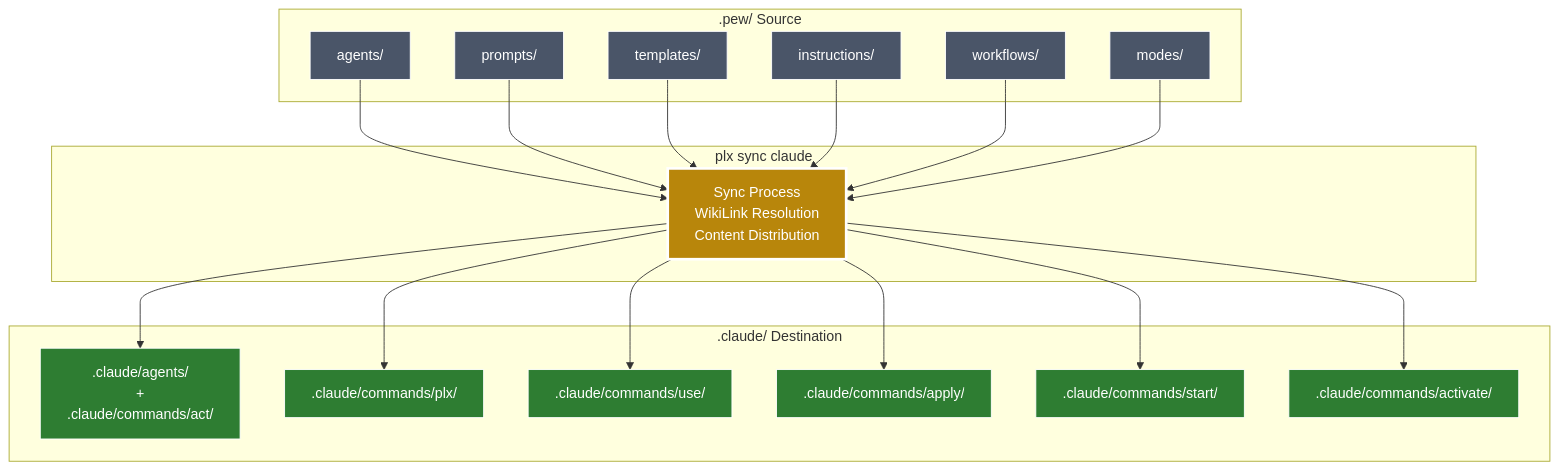
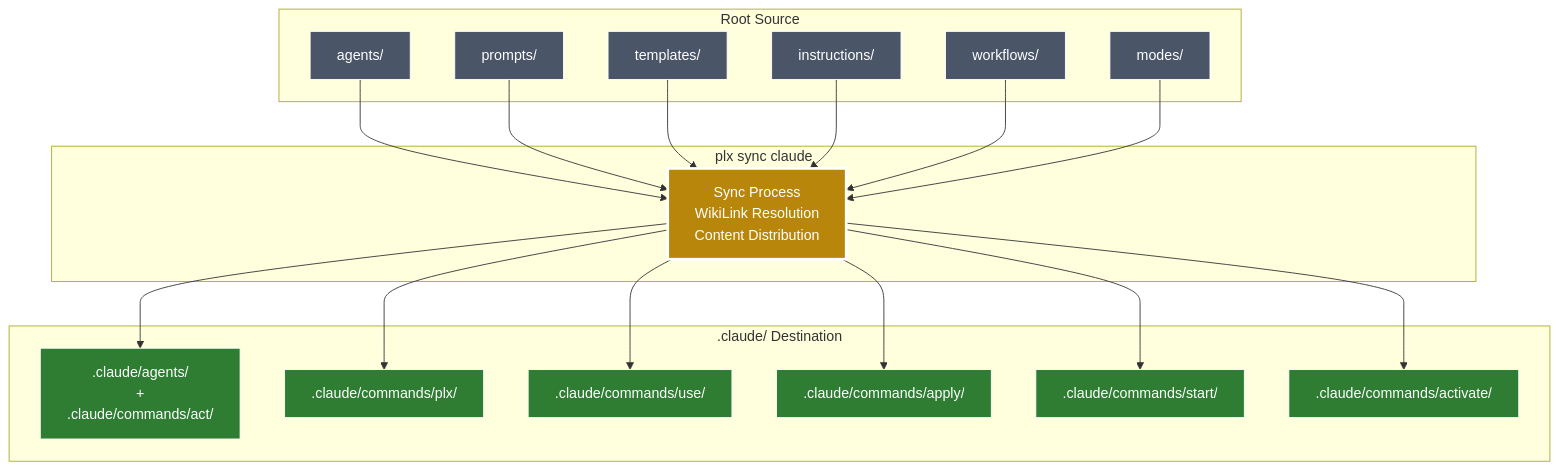
The fifth of 5 diagrams in README.md (its-brianwithai/pew-pew-plx), drawn with Mermaid before and after one commit. The commit also changed other lines of this file and 415 other files, not shown here.

````diff
--- a/README.md
+++ b/README.md
@@ -424,52 +451,52 @@
 ```mermaid
 graph TD
-    subgraph ".pew/ Source"
+    subgraph "Root Source"
         A1[agents/]
         P1[prompts/]
         T1[templates/]
         I1[instructions/]
         W1[workflows/]
         M1[modes/]
     end
     
     subgraph "plx sync claude"
         SYNC[Sync Process<br/>WikiLink Resolution<br/>Content Distribution]
     end
     
     subgraph ".claude/ Destination"
         A2[.claude/agents/<br/>+<br/>.claude/commands/act/]
         P2[.claude/commands/plx/]
         T2[.claude/commands/use/]
         I2[.claude/commands/apply/]
         W2[.claude/commands/start/]
         M2[.claude/commands/activate/]
     end
     
     A1 --> SYNC
     P1 --> SYNC
     T1 --> SYNC
     I1 --> SYNC
     W1 --> SYNC
     M1 --> SYNC
     
     SYNC --> A2
     SYNC --> P2
     SYNC --> T2
     SYNC --> I2
     SYNC --> W2
     SYNC --> M2
     
     style SYNC fill:#b8860b,stroke:#fff,stroke-width:3px,color:#fff
     style A1 fill:#4a5568,stroke:#fff,color:#fff
     style P1 fill:#4a5568,stroke:#fff,color:#fff
     style T1 fill:#4a5568,stroke:#fff,color:#fff
     style I1 fill:#4a5568,stroke:#fff,color:#fff
     style W1 fill:#4a5568,stroke:#fff,color:#fff
     style M1 fill:#4a5568,stroke:#fff,color:#fff
     style A2 fill:#2e7d32,stroke:#fff,color:#fff
     style P2 fill:#2e7d32,stroke:#fff,color:#fff
     style T2 fill:#2e7d32,stroke:#fff,color:#fff
     style I2 fill:#2e7d32,stroke:#fff,color:#fff
     style W2 fill:#2e7d32,stroke:#fff,color:#fff
     style M2 fill:#2e7d32,stroke:#fff,color:#fff
 ```
````
